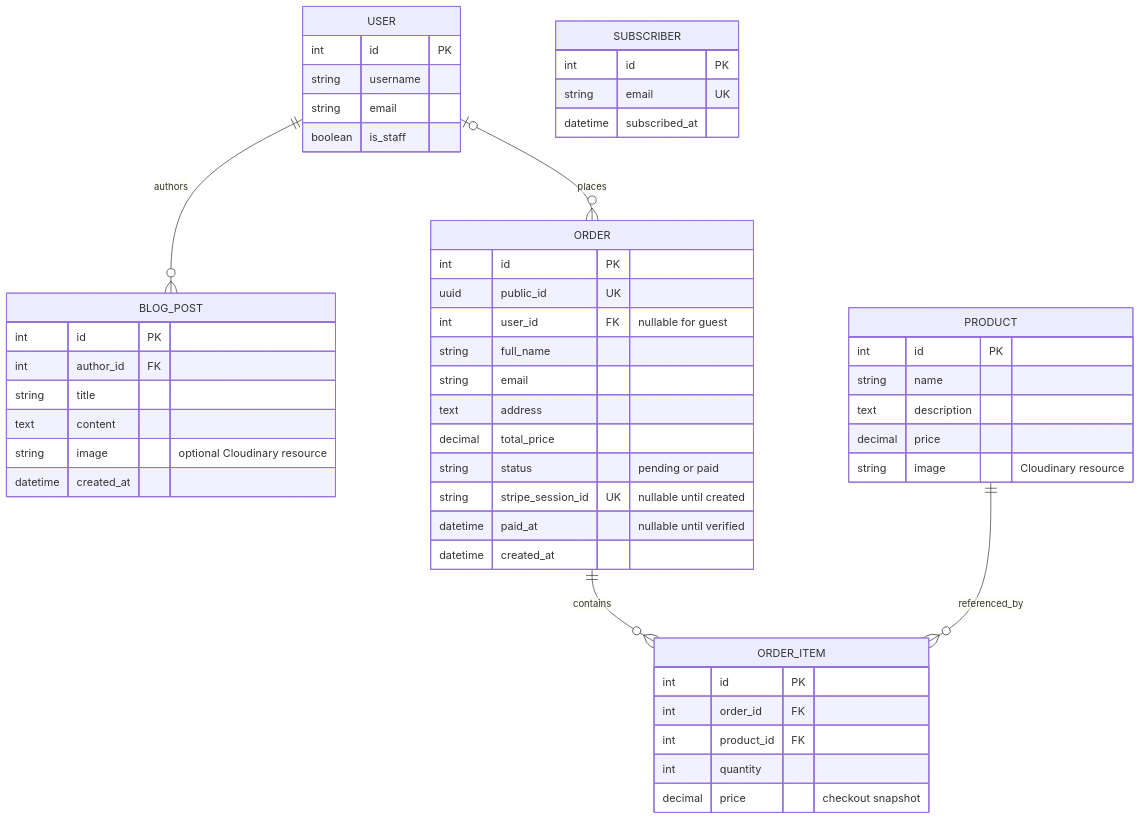
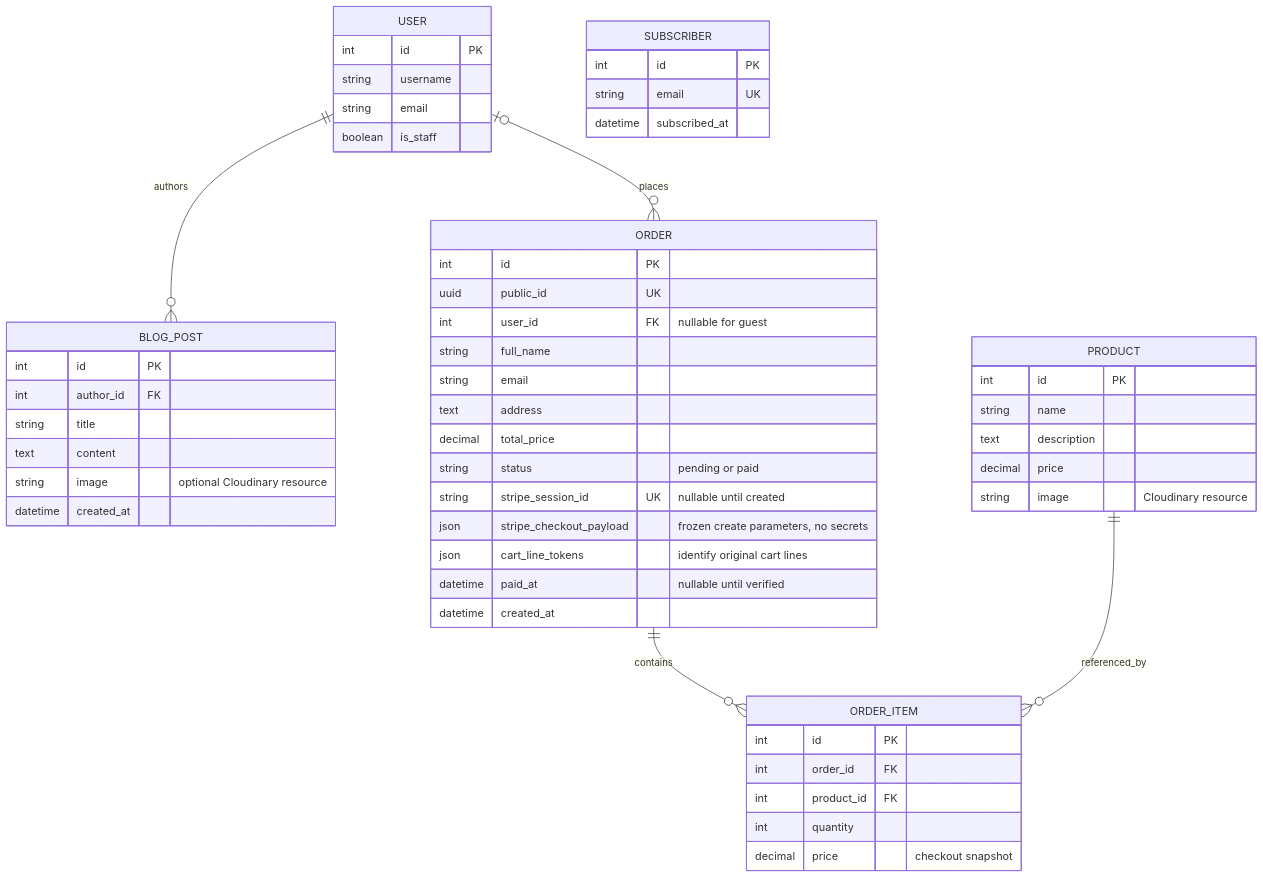
The diagram in docs/MODELS.md (bobes81/Petwell), drawn with Mermaid before and after one commit. The commit also changed other lines of this file and 27 other files, not shown here.

````diff
--- a/docs/MODELS.md
+++ b/docs/MODELS.md
@@ -5,53 +5,55 @@
 ```mermaid
 erDiagram
     USER ||--o{ BLOG_POST : authors
     USER o|--o{ ORDER : places
     ORDER ||--o{ ORDER_ITEM : contains
     PRODUCT ||--o{ ORDER_ITEM : referenced_by
     USER {
         int id PK
         string username
         string email
         boolean is_staff
     }
     PRODUCT {
         int id PK
         string name
         text description
         decimal price
         string image "Cloudinary resource"
     }
     BLOG_POST {
         int id PK
         int author_id FK
         string title
         text content
         string image "optional Cloudinary resource"
         datetime created_at
     }
     ORDER {
         int id PK
         uuid public_id UK
         int user_id FK "nullable for guest"
         string full_name
         string email
         text address
         decimal total_price
         string status "pending or paid"
         string stripe_session_id UK "nullable until created"
+        json stripe_checkout_payload "frozen create parameters, no secrets"
+        json cart_line_tokens "identify original cart lines"
         datetime paid_at "nullable until verified"
         datetime created_at
     }
     ORDER_ITEM {
         int id PK
         int order_id FK
         int product_id FK
         int quantity
         decimal price "checkout snapshot"
     }
     SUBSCRIBER {
         int id PK
         string email UK
         datetime subscribed_at
     }
 ```
````
